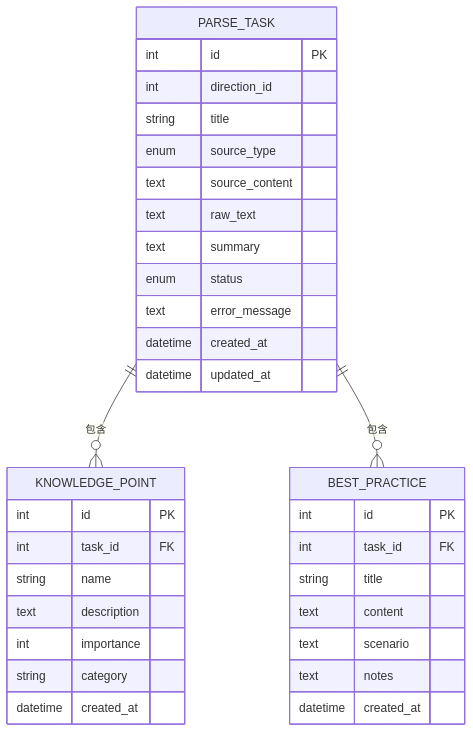
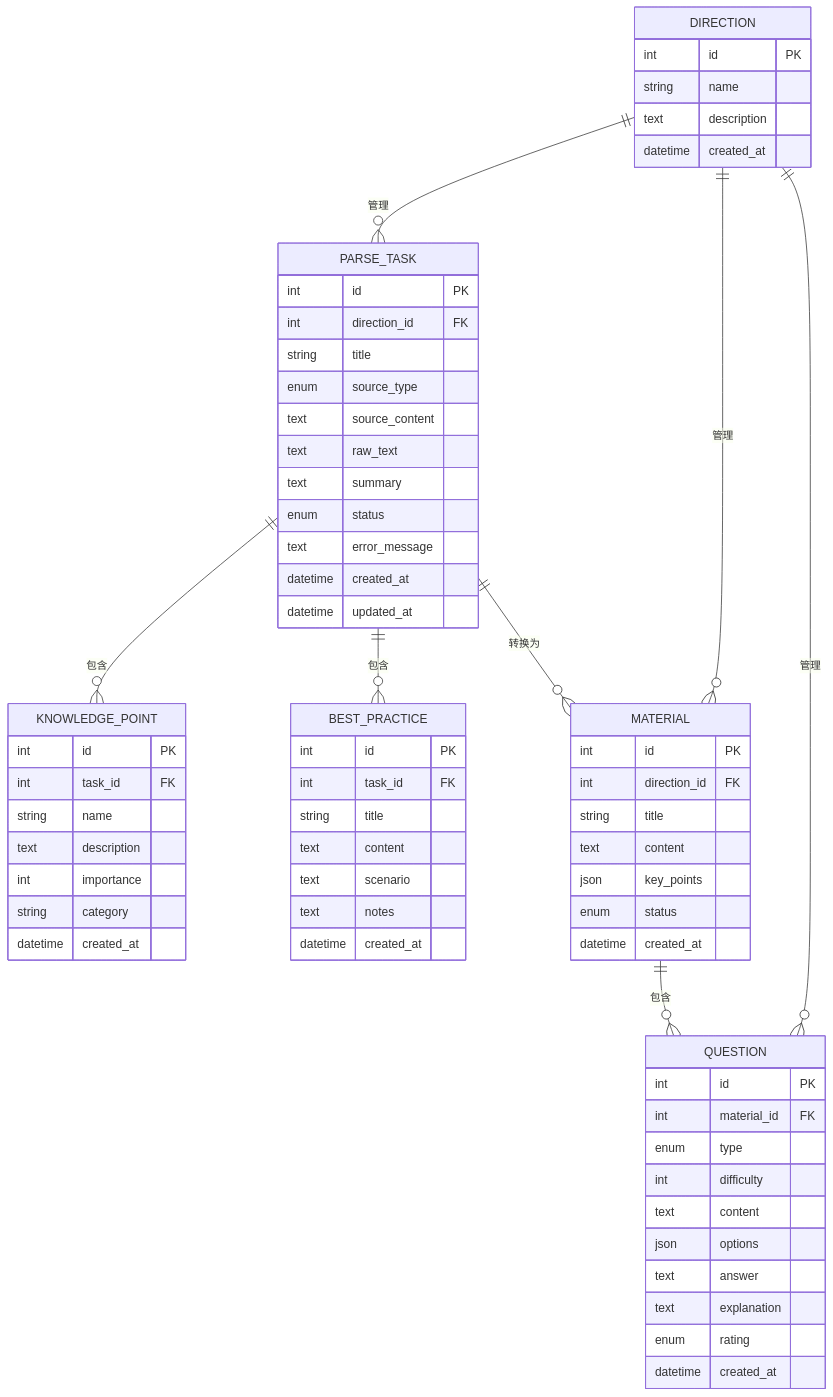
One commit to zhiwenli-jack/personal-learning-manager changed the fourth of 5 diagrams in .qoder/repowiki/zh/content/后端API文档/内容解析API.md. Above: the diagram before and after it, drawn with Mermaid. The commit also changed other lines of this file and 20 other files, not shown here.

````diff
--- a/.qoder/repowiki/zh/content/后端API文档/内容解析API.md
+++ b/.qoder/repowiki/zh/content/后端API文档/内容解析API.md
@@ -208,36 +240,68 @@
 ```mermaid
 erDiagram
 PARSE_TASK {
 int id PK
-int direction_id
+int direction_id FK
 string title
 enum source_type
 text source_content
 text raw_text
 text summary
 enum status
 text error_message
 datetime created_at
 datetime updated_at
 }
 KNOWLEDGE_POINT {
 int id PK
 int task_id FK
 string name
 text description
 int importance
 string category
 datetime created_at
 }
 BEST_PRACTICE {
 int id PK
 int task_id FK
 string title
 text content
 text scenario
 text notes
 datetime created_at
 }
+MATERIAL {
+int id PK
+int direction_id FK
+string title
+text content
+json key_points
+enum status
+datetime created_at
+}
+QUESTION {
+int id PK
+int material_id FK
+enum type
+int difficulty
+text content
+json options
+text answer
+text explanation
+enum rating
+datetime created_at
+}
+DIRECTION {
+int id PK
+string name
+text description
+datetime created_at
+}
 PARSE_TASK ||--o{ KNOWLEDGE_POINT : "包含"
 PARSE_TASK ||--o{ BEST_PRACTICE : "包含"
+PARSE_TASK ||--o{ MATERIAL : "转换为"
+MATERIAL ||--o{ QUESTION : "包含"
+DIRECTION ||--o{ PARSE_TASK : "管理"
+DIRECTION ||--o{ MATERIAL : "管理"
+DIRECTION ||--o{ QUESTION : "管理"
 ```
````
